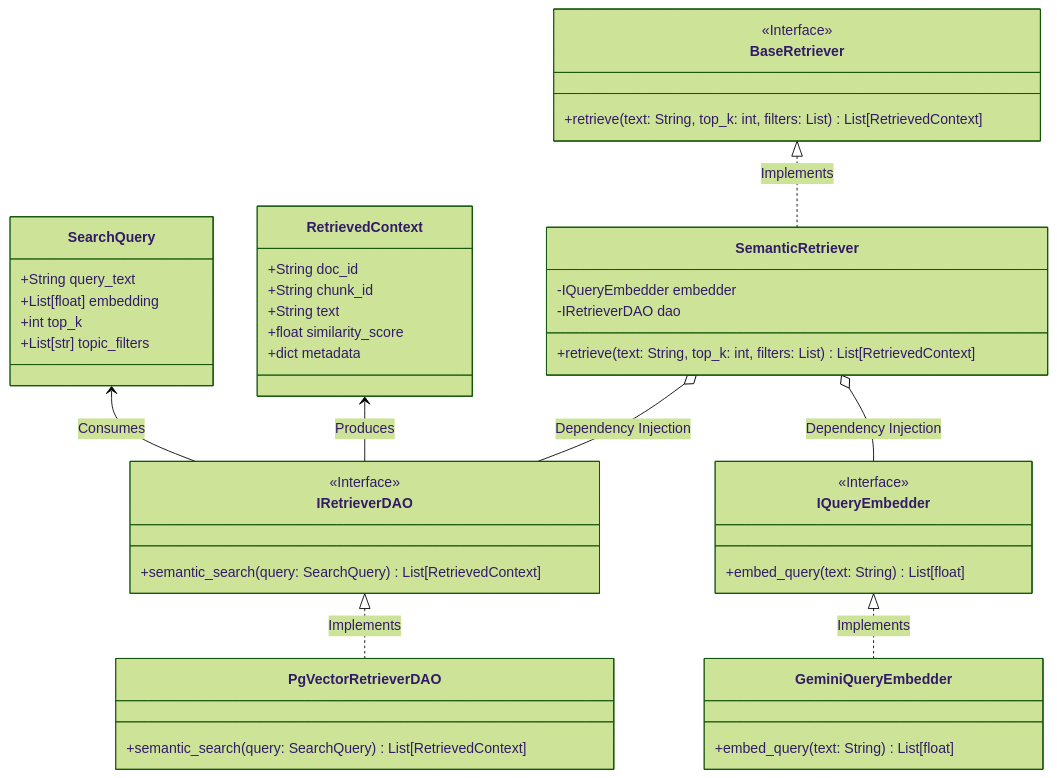
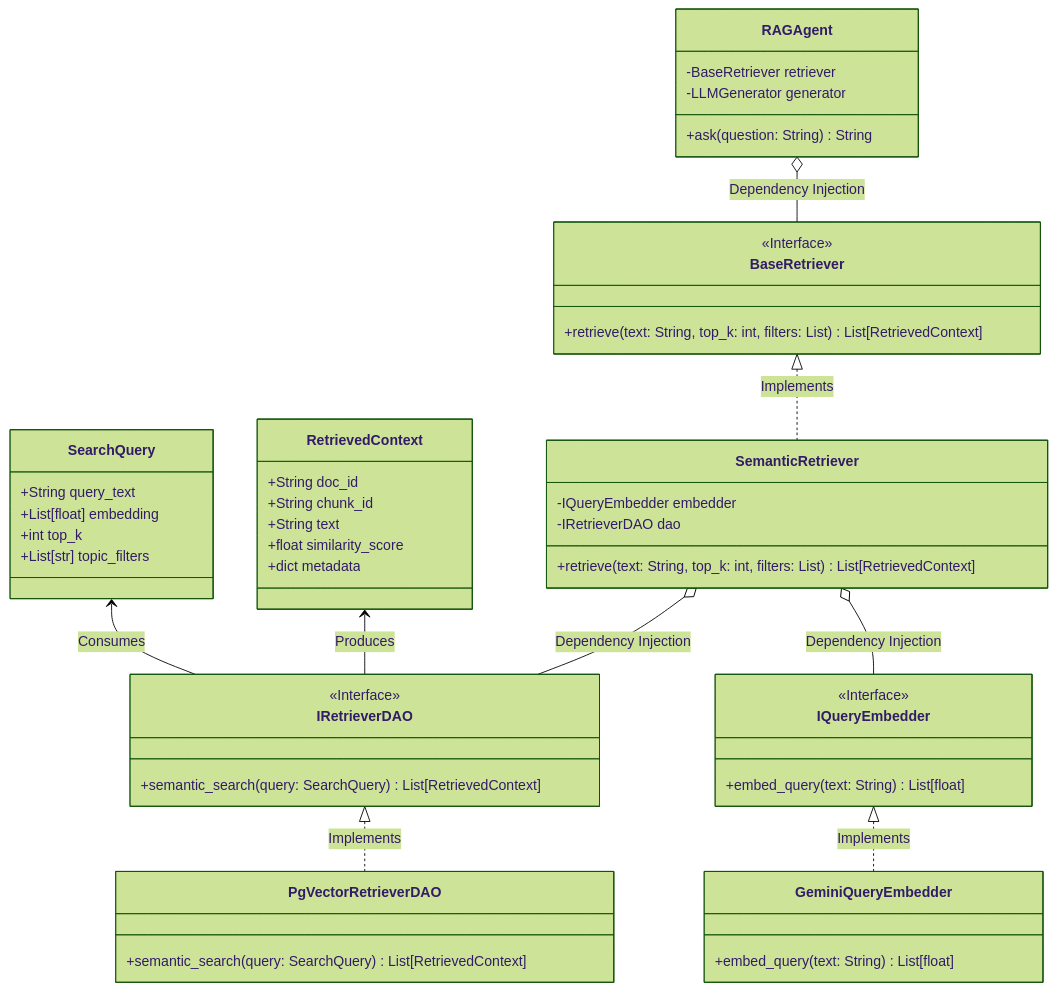
The first of 2 diagrams in docs/phase2_retriever_architecture.md (nvd11/automated-rag-evaluator), drawn with Mermaid (forest theme) before and after one commit.

Commit message:
docs(architecture): add RAGAgent to UML class diagram as the top-level orchestrator

````diff
--- a/docs/phase2_retriever_architecture.md
+++ b/docs/phase2_retriever_architecture.md
@@ -12,60 +12,68 @@
 ```mermaid
 classDiagram
     %% Data Transfer Objects (Domain Layer)
     class SearchQuery {
         +String query_text
         +List[float] embedding
         +int top_k
         +List[str] topic_filters
     }
     
     class RetrievedContext {
         +String doc_id
         +String chunk_id
         +String text
         +float similarity_score
         +dict metadata
     }
 
     %% Interfaces (Contract Layer)
     class IQueryEmbedder {
         <<Interface>>
         +embed_query(text: String) List[float]
     }
     
     class IRetrieverDAO {
         <<Interface>>
         +semantic_search(query: SearchQuery) List[RetrievedContext]
     }
     
     class BaseRetriever {
         <<Interface>>
         +retrieve(text: String, top_k: int, filters: List) List[RetrievedContext]
     }
 
     %% Implementations (Concrete Layer)
     class GeminiQueryEmbedder {
         +embed_query(text: String) List[float]
     }
     
     class PgVectorRetrieverDAO {
         +semantic_search(query: SearchQuery) List[RetrievedContext]
     }
     
     class SemanticRetriever {
         -IQueryEmbedder embedder
         -IRetrieverDAO dao
         +retrieve(text: String, top_k: int, filters: List) List[RetrievedContext]
     }
 
+    class RAGAgent {
+        -BaseRetriever retriever
+        -LLMGenerator generator
+        +ask(question: String) String
+    }
+
+    RAGAgent o-- BaseRetriever : Dependency Injection
+    
     %% Relationships
     SearchQuery <-- IRetrieverDAO : Consumes
     RetrievedContext <-- IRetrieverDAO : Produces
     
     IQueryEmbedder <|.. GeminiQueryEmbedder : Implements
     IRetrieverDAO <|.. PgVectorRetrieverDAO : Implements
     BaseRetriever <|.. SemanticRetriever : Implements
     
     SemanticRetriever o-- IQueryEmbedder : Dependency Injection
     SemanticRetriever o-- IRetrieverDAO : Dependency Injection
 ```
````
